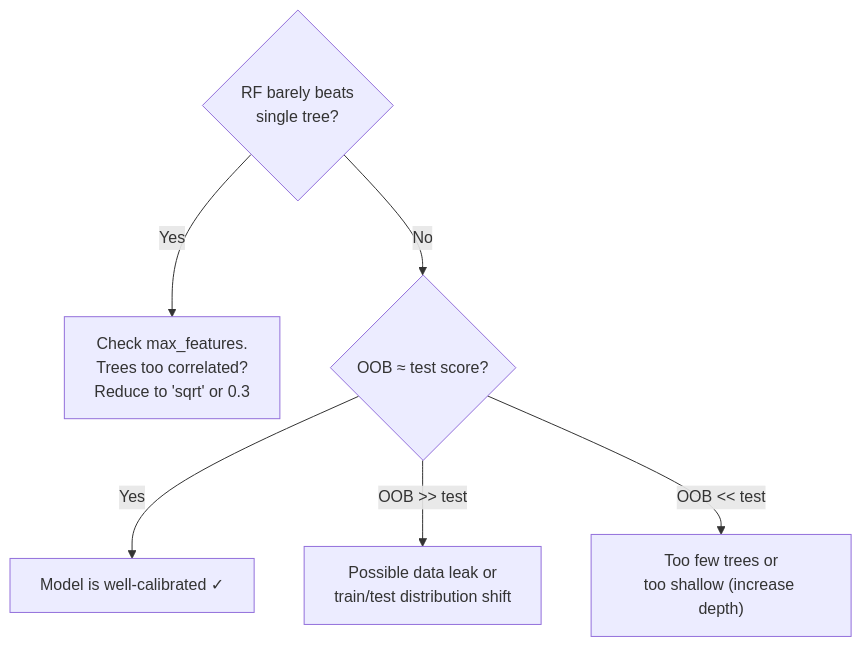
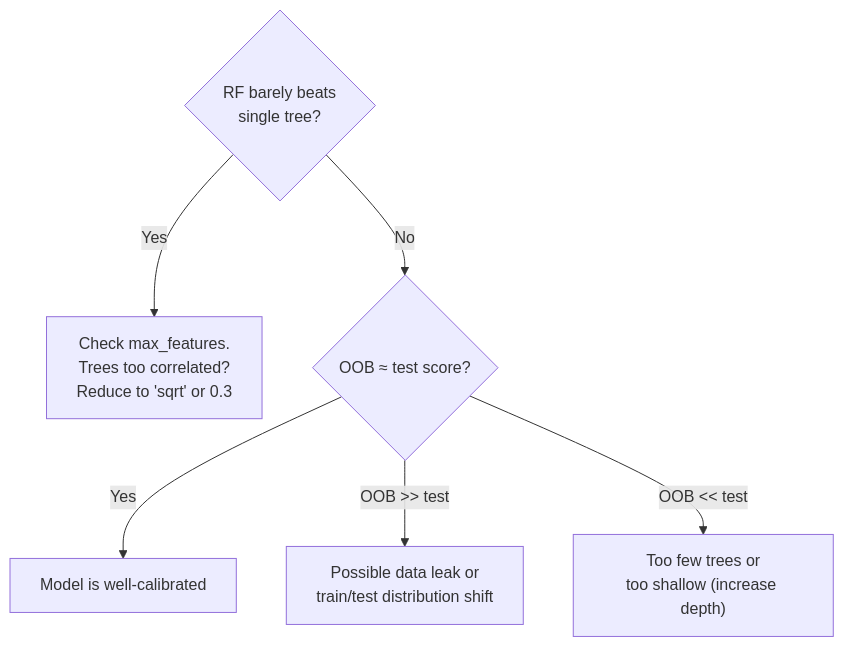
One commit to dsgouda7/ai-portfolio changed the fourth of 5 diagrams in notes/01-ml/08-ensemble-methods/ch01_ensembles/README.md. Above: the diagram before and after it, drawn with Mermaid. The commit also changed other lines of this file and 391 other files, not shown here.

````diff
--- a/notes/01-ml/08-ensemble-methods/ch01_ensembles/README.md
+++ b/notes/01-ml/08-ensemble-methods/ch01_ensembles/README.md
@@ -212,9 +212,9 @@
 ```mermaid
 flowchart TD
  Q1{"RF barely beats\nsingle tree?"}
  Q1 -->|Yes| A1["Check max_features.\nTrees too correlated?\nReduce to 'sqrt' or 0.3"]
  Q1 -->|No| Q2{"OOB ≈ test score?"}
- Q2 -->|Yes| OK["Model is well-calibrated ✓"]
+ Q2 -->|Yes| OK["Model is well-calibrated "]
  Q2 -->|"OOB >> test"| A2["Possible data leak or\ntrain/test distribution shift"]
  Q2 -->|"OOB << test"| A3["Too few trees or\ntoo shallow (increase depth)"]
 ```
````
